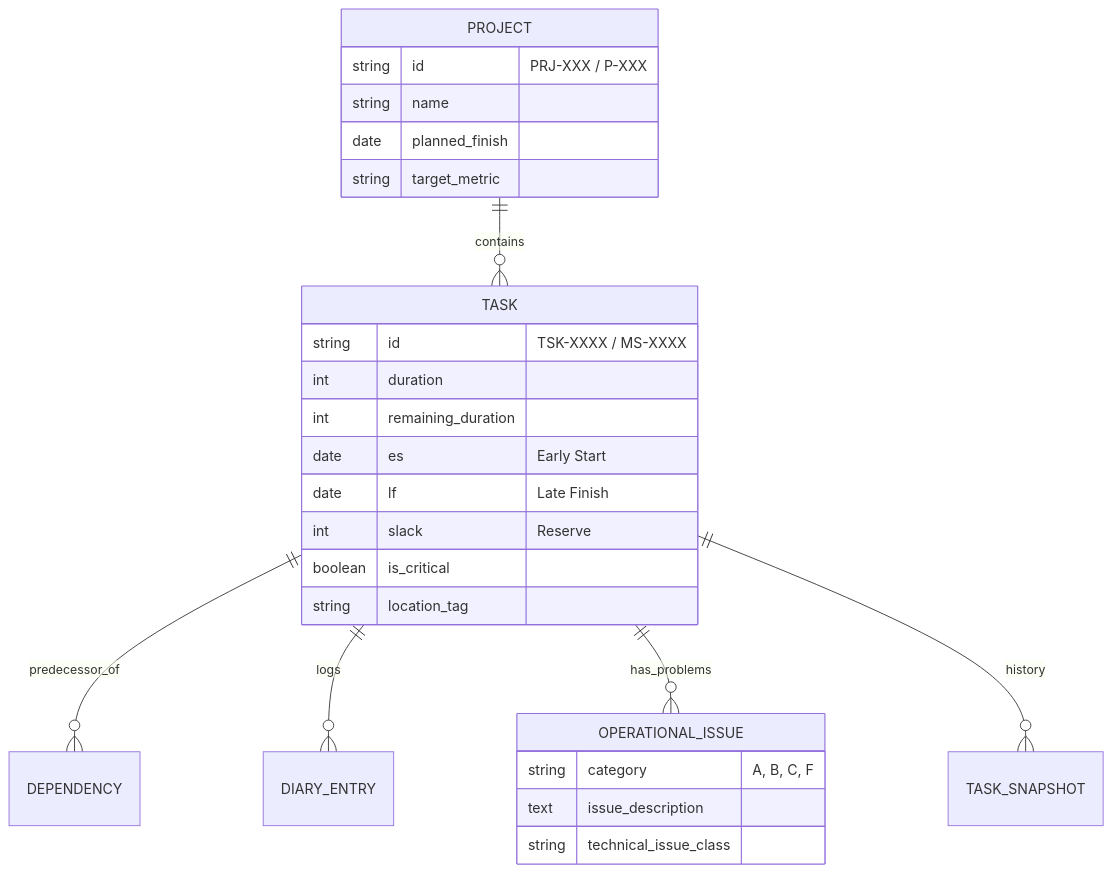
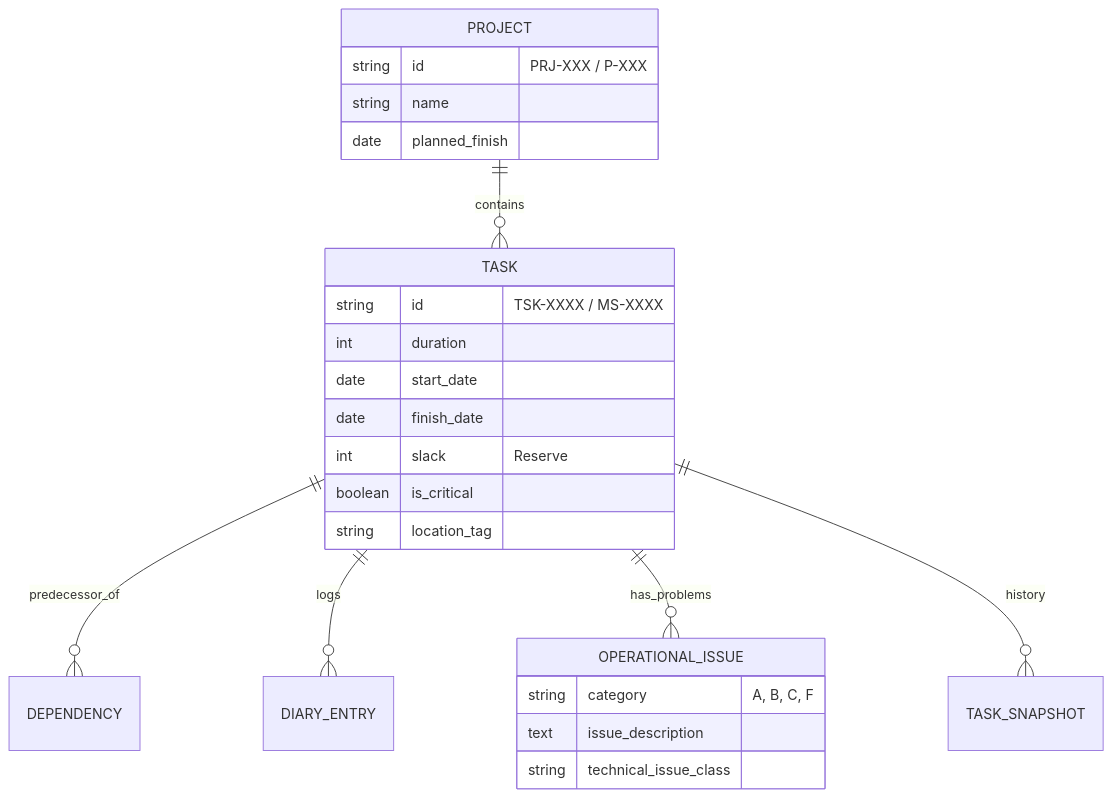
Before and after one commit to fckmanabove/Project-Chain: the second of 2 diagrams in README.md, drawn with Mermaid. The commit also changed other lines of this file, not shown here.

````diff
--- a/README.md
+++ b/README.md
@@ -24,29 +24,27 @@
 ```mermaid
 erDiagram
     PROJECT ||--o{ TASK : "contains"
     TASK ||--o{ DEPENDENCY : "predecessor_of"
     TASK ||--o{ DIARY_ENTRY : "logs"
     TASK ||--o{ OPERATIONAL_ISSUE : "has_problems"
     TASK ||--o{ TASK_SNAPSHOT : "history"
     PROJECT {
         string id "PRJ-XXX / P-XXX"
         string name
         date planned_finish
-        string target_metric
     }
     TASK {
         string id "TSK-XXXX / MS-XXXX"
         int duration
-        int remaining_duration
-        date es "Early Start"
-        date lf "Late Finish"
+        date start_date
+        date finish_date
         int slack "Reserve"
         boolean is_critical
         string location_tag
     }
     OPERATIONAL_ISSUE {
         string category "A, B, C, F"
         text issue_description
         string technical_issue_class
     }
 ```
````
